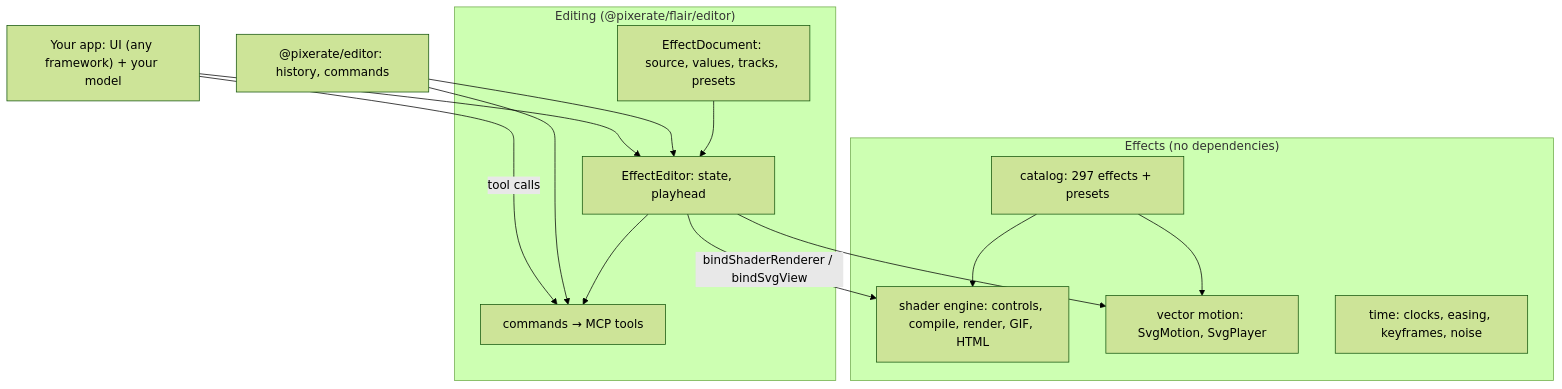
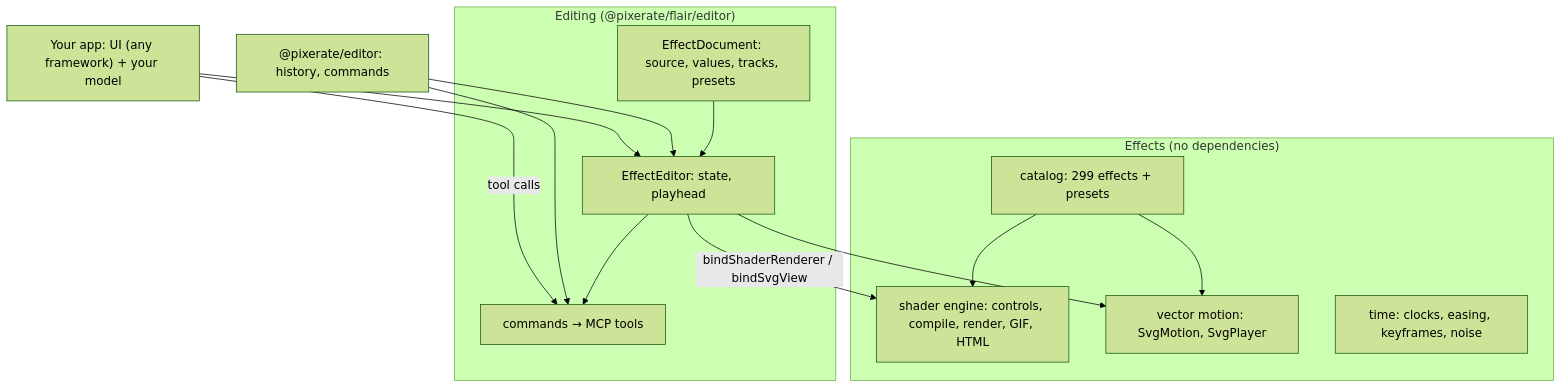
Before and after one commit to Pixerate/flair: the diagram in README.md, drawn with Mermaid (forest theme). The commit also changed other lines of this file and 4 other files, not shown here.

````diff
--- a/README.md
+++ b/README.md
@@ -59,27 +59,27 @@
 ```mermaid
 graph TD
   subgraph Effects["Effects (no dependencies)"]
-    Catalog["catalog: 297 effects + presets"]
+    Catalog["catalog: 299 effects + presets"]
     Shader["shader engine: controls, compile, render, GIF, HTML"]
     Vector["vector motion: SvgMotion, SvgPlayer"]
     Time["time: clocks, easing, keyframes, noise"]
   end
   subgraph Editing["Editing (@pixerate/flair/editor)"]
     Doc["EffectDocument: source, values, tracks, presets"]
     Editor["EffectEditor: state, playhead"]
     Cmds["commands → MCP tools"]
   end
   PE["@pixerate/editor: history, commands"]
   Host["Your app: UI (any framework) + your model"]
 
   Catalog --> Shader
   Catalog --> Vector
   Doc --> Editor
   Editor --> Cmds
   PE --> Editor
   PE --> Cmds
   Editor -- bindShaderRenderer / bindSvgView --> Shader
   Editor --> Vector
   Host --> Editor
   Host -- tool calls --> Cmds
 ```
````
